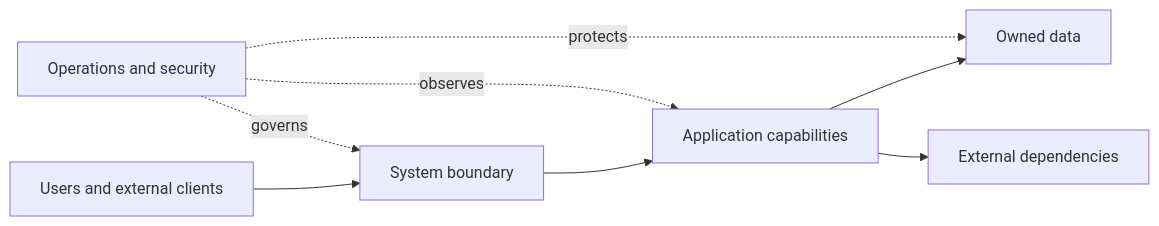
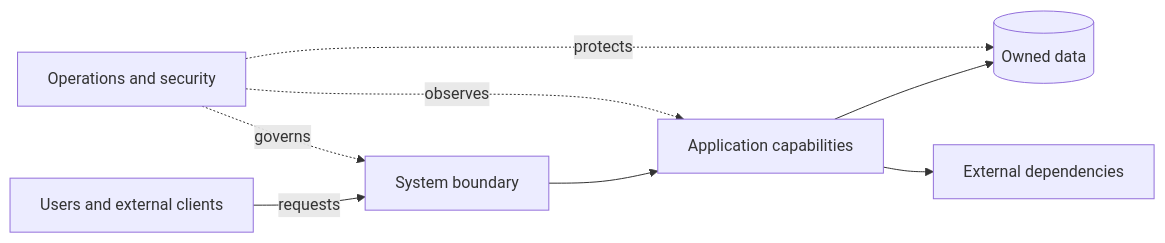
Before and after one commit to kowlutla/Interview_HandBook: the first of 2 diagrams in system-design-mastery/chapters/01-thinking-in-systems/README.md, drawn with Mermaid. The commit also changed other lines of this file, not shown here.

Commit message:
Deepen chapter 1 system thinking fundamentals

```diff
--- a/system-design-mastery/chapters/01-thinking-in-systems/README.md
+++ b/system-design-mastery/chapters/01-thinking-in-systems/README.md
@@ -58,10 +48,10 @@
 ~~~mermaid
 flowchart LR
-  U[Users and external clients] --> E[System boundary]
-  E --> A[Application capabilities]
-  A --> D[Owned data]
+  U[Users and external clients] -->|requests| G[System boundary]
+  G --> A[Application capabilities]
+  A --> D[(Owned data)]
   A --> X[External dependencies]
-  O[Operations and security] -. governs .-> E
+  O[Operations and security] -. governs .-> G
   O -. observes .-> A
   O -. protects .-> D
 ~~~
```
